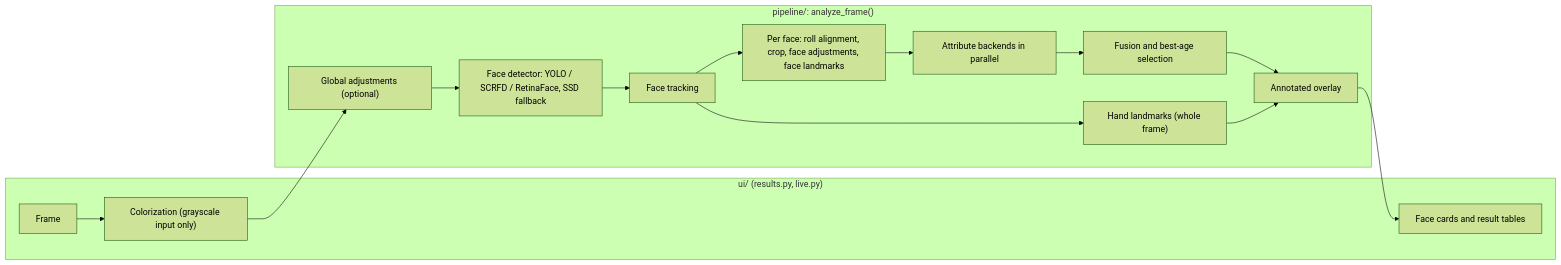
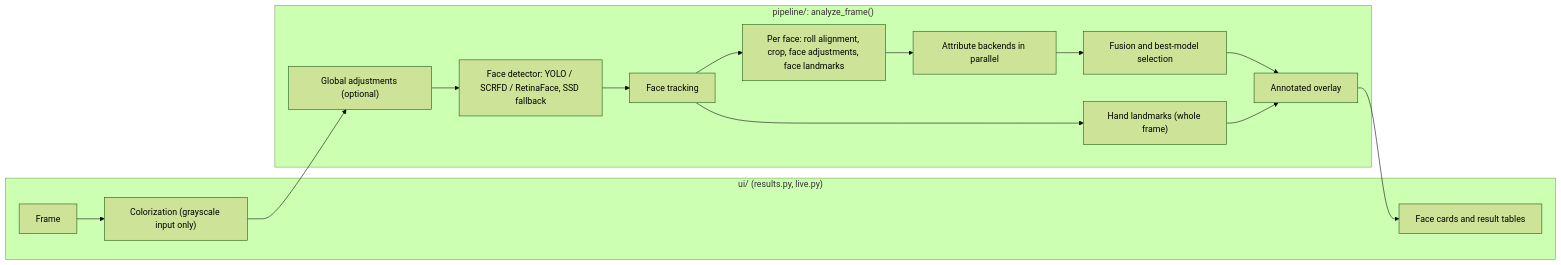
One commit to dpologdvinity/multimodal-face-analyzer changed the diagram in README.md. Above: the diagram before and after it, drawn with Mermaid (forest theme). The commit also changed other lines of this file and 5 other files, not shown here.

````diff
--- a/README.md
+++ b/README.md
@@ -37,19 +37,19 @@
 ```mermaid
 flowchart LR
     subgraph UI["ui/ (results.py, live.py)"]
         A[Frame] --> C["Colorization (grayscale input only)"]
         K[Face cards and result tables]
     end
     subgraph P["pipeline/: analyze_frame()"]
         B["Global adjustments (optional)"] --> D["Face detector: YOLO / SCRFD / RetinaFace, SSD fallback"]
         D --> E[Face tracking]
         E --> H["Hand landmarks (whole frame)"]
         E --> F["Per face: roll alignment, crop, face adjustments, face landmarks"]
         F --> G["Attribute backends in parallel"]
-        G --> I["Fusion and best-age selection"]
+        G --> I["Fusion and best-model selection"]
         I --> J[Annotated overlay]
         H --> J
     end
     C --> B
     J --> K
 ```
````
